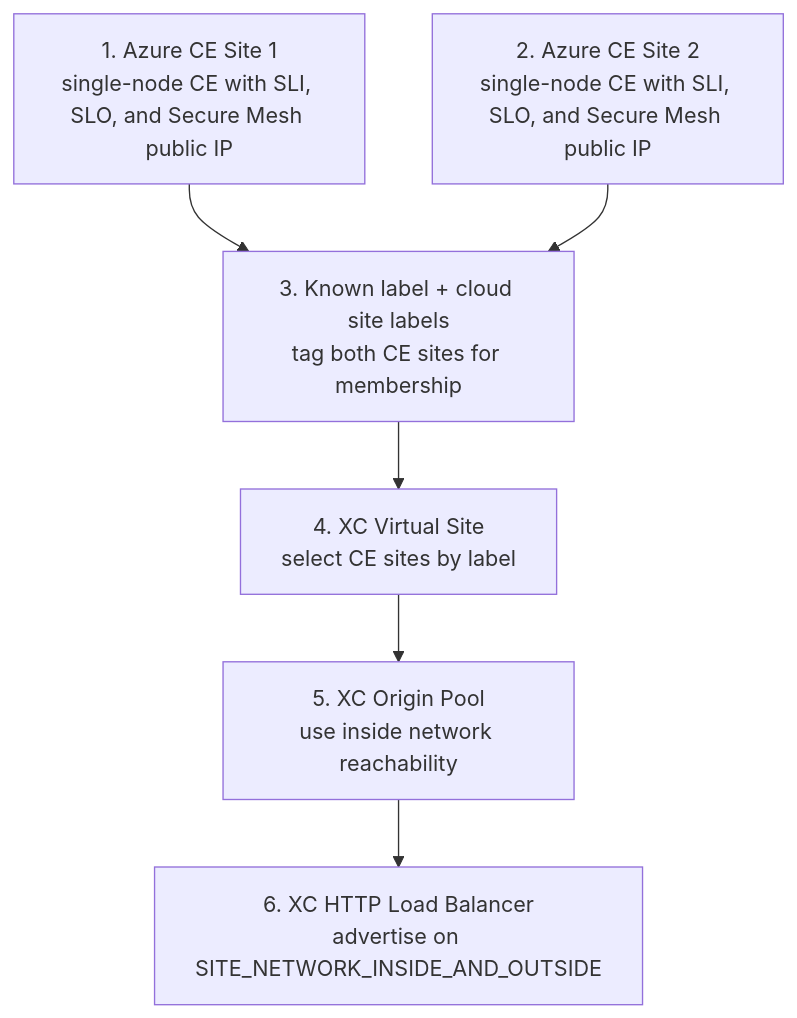
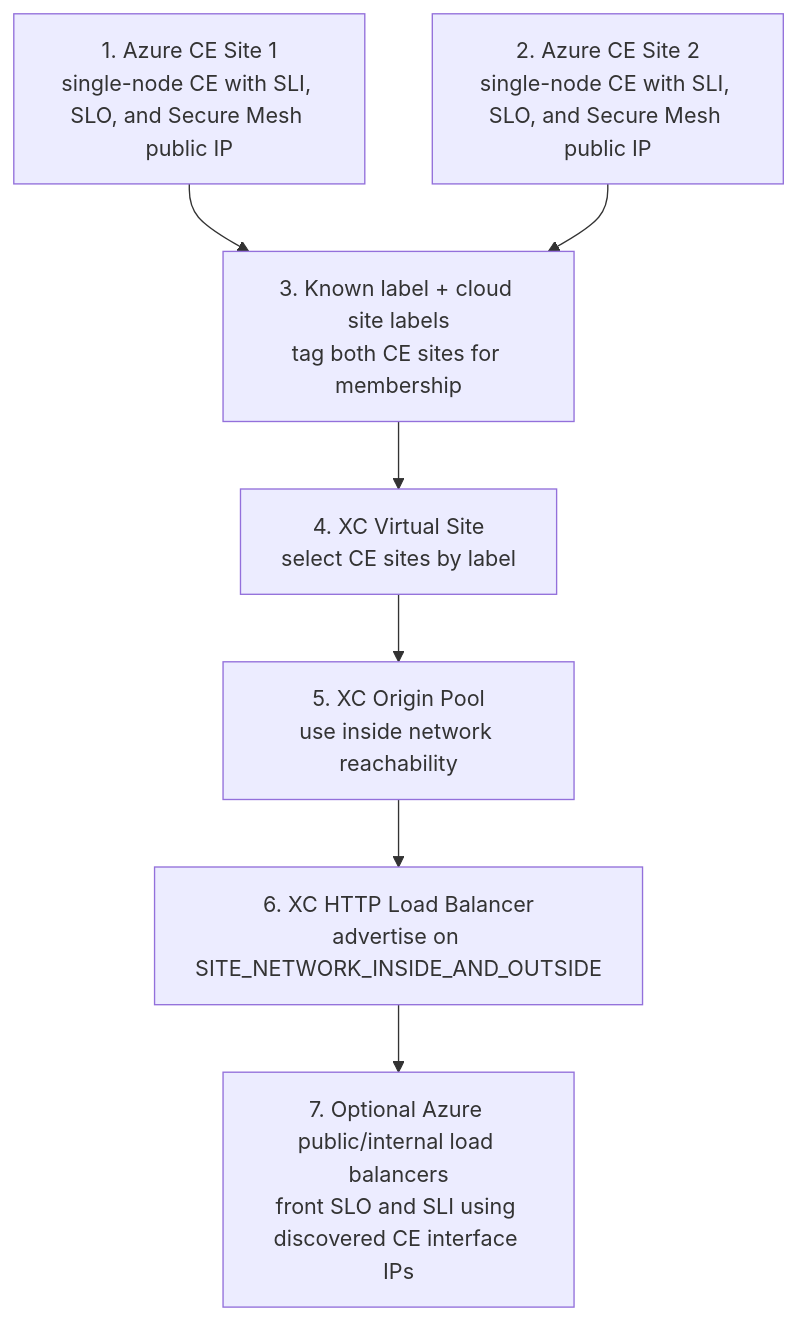
The diagram in docs/deployment-diagram.md (jackyatesaustin/single-node-virtual-site-two-interface), drawn with Mermaid before and after one commit. The commit also changed other lines of this file and 12 other files, not shown here.

Commit message:
Add optional Azure front-end load balancers

````diff
--- a/docs/deployment-diagram.md
+++ b/docs/deployment-diagram.md
@@ -5,13 +5,14 @@
 ```mermaid
 flowchart TD
   step1["1. Azure CE Site 1<br/>single-node CE with SLI, SLO, and Secure Mesh public IP"]
   step2["2. Azure CE Site 2<br/>single-node CE with SLI, SLO, and Secure Mesh public IP"]
   step3["3. Known label + cloud site labels<br/>tag both CE sites for membership"]
   step4["4. XC Virtual Site<br/>select CE sites by label"]
   step5["5. XC Origin Pool<br/>use inside network reachability"]
   step6["6. XC HTTP Load Balancer<br/>advertise on SITE_NETWORK_INSIDE_AND_OUTSIDE"]
+  step7["7. Optional Azure public/internal load balancers<br/>front SLO and SLI using discovered CE interface IPs"]
 
   step1 --> step3
   step2 --> step3
-  step3 --> step4 --> step5 --> step6
+  step3 --> step4 --> step5 --> step6 --> step7
 ```
````
